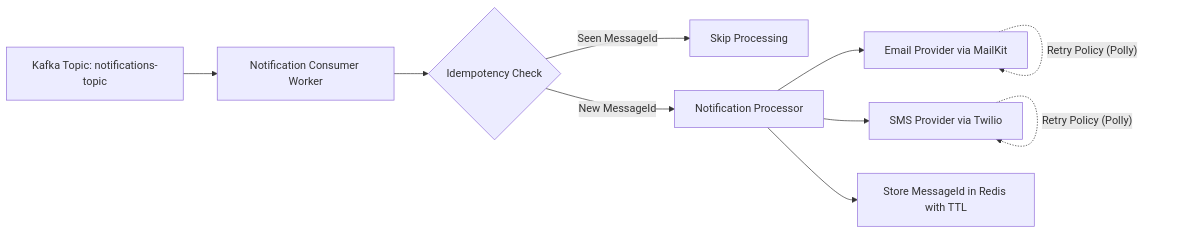
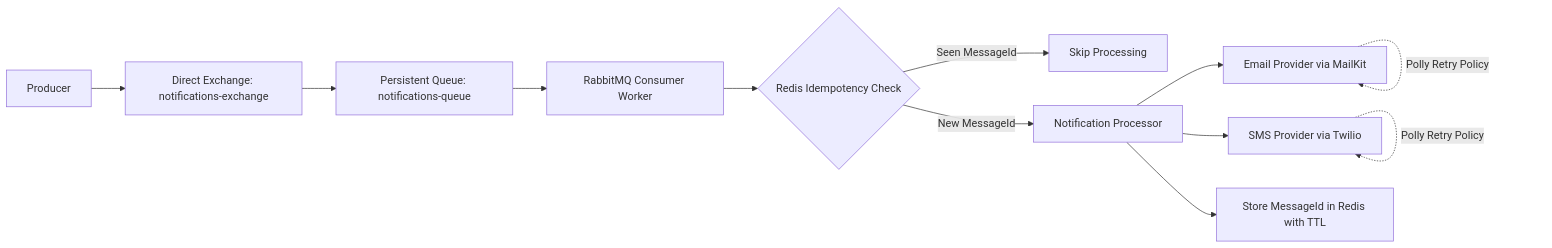
The diagram in README.md (Ma7moudkolib/Notification-Service), drawn with Mermaid before and after one commit. The commit also changed other lines of this file, not shown here.

Commit message:
docs: update README to reflect RabbitMQ architecture

````diff
--- a/README.md
+++ b/README.md
@@ -15,13 +22,15 @@
 ```mermaid
 flowchart LR
-    A[Kafka Topic: notifications-topic] --> B[Notification Consumer Worker]
-    B --> C{Idempotency Check}
-    C -->|Seen MessageId| D[Skip Processing]
-    C -->|New MessageId| E[Notification Processor]
-    E --> F[Email Provider via MailKit]
-    E --> G[SMS Provider via Twilio]
-    E --> H[Store MessageId in Redis with TTL]
+    A[Producer] --> B[Direct Exchange: notifications-exchange]
+    B --> C[Persistent Queue: notifications-queue]
+    C --> D[RabbitMQ Consumer Worker]
+    D --> E{Redis Idempotency Check}
+    E -->|Seen MessageId| F[Skip Processing]
+    E -->|New MessageId| G[Notification Processor]
+    G --> H[Email Provider via MailKit]
+    G --> I[SMS Provider via Twilio]
+    G --> J[Store MessageId in Redis with TTL]
 
-    F -. Retry Policy (Polly) .-> F
-    G -. Retry Policy (Polly) .-> G
+    H -. Polly Retry Policy .-> H
+    I -. Polly Retry Policy .-> I
 ```
````
